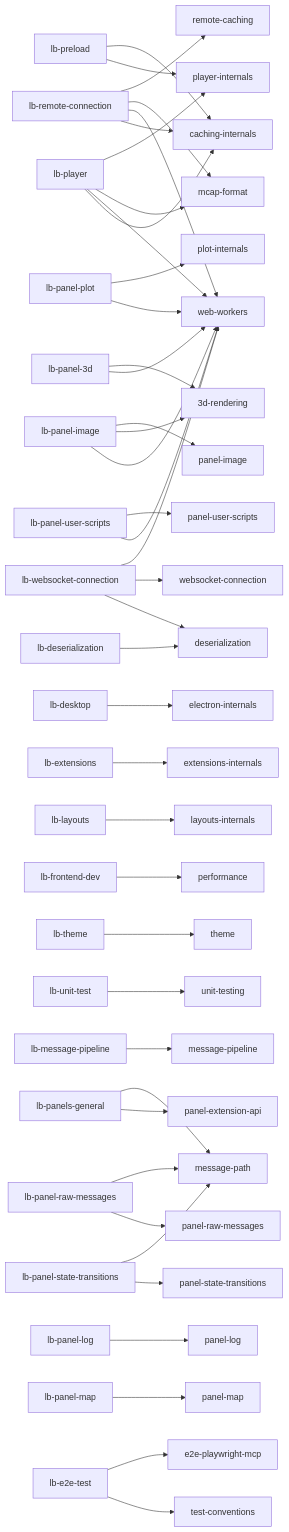
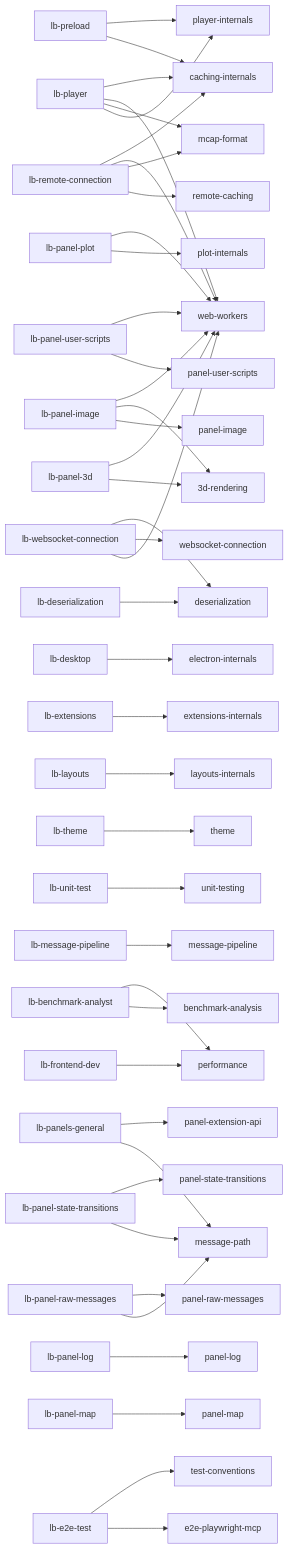
The diagram in docs/ai-agents/README.md (lichtblick-suite/lichtblick), drawn with Mermaid before and after one commit. The commit also changed other lines of this file and 5 other files, not shown here.

First line of the commit message:
docs(ai): benchmark analysis agent and skill

````diff
--- a/docs/ai-agents/README.md
+++ b/docs/ai-agents/README.md
@@ -119,43 +126,45 @@
 ```mermaid
 graph LR
     lb-panel-3d --> 3d-rendering
     lb-panel-3d --> web-workers
     lb-panel-plot --> plot-internals
     lb-panel-plot --> web-workers
     lb-player --> player-internals
     lb-player --> mcap-format
     lb-player --> web-workers
     lb-player --> caching-internals
     lb-preload --> caching-internals
     lb-preload --> player-internals
     lb-remote-connection --> remote-caching
     lb-remote-connection --> mcap-format
     lb-remote-connection --> web-workers
     lb-remote-connection --> caching-internals
     lb-websocket-connection --> web-workers
     lb-websocket-connection --> websocket-connection
     lb-websocket-connection --> deserialization
     lb-desktop --> electron-internals
     lb-extensions --> extensions-internals
     lb-layouts --> layouts-internals
     lb-frontend-dev --> performance
     lb-theme --> theme
     lb-unit-test --> unit-testing
     lb-message-pipeline --> message-pipeline
     lb-deserialization --> deserialization
     lb-panels-general --> message-path
     lb-panels-general --> panel-extension-api
     lb-panel-image --> panel-image
     lb-panel-image --> 3d-rendering
     lb-panel-image --> web-workers
     lb-panel-log --> panel-log
     lb-panel-map --> panel-map
     lb-panel-raw-messages --> message-path
     lb-panel-raw-messages --> panel-raw-messages
     lb-panel-state-transitions --> message-path
     lb-panel-state-transitions --> panel-state-transitions
     lb-panel-user-scripts --> panel-user-scripts
     lb-panel-user-scripts --> web-workers
     lb-e2e-test --> e2e-playwright-mcp
     lb-e2e-test --> test-conventions
+    lb-benchmark-analyst --> benchmark-analysis
+    lb-benchmark-analyst --> performance
 ```
````
